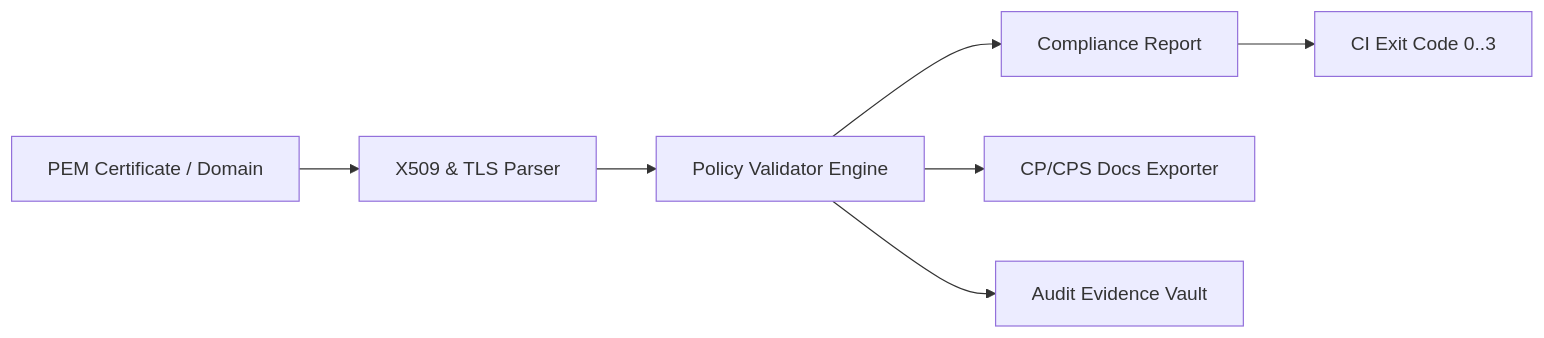
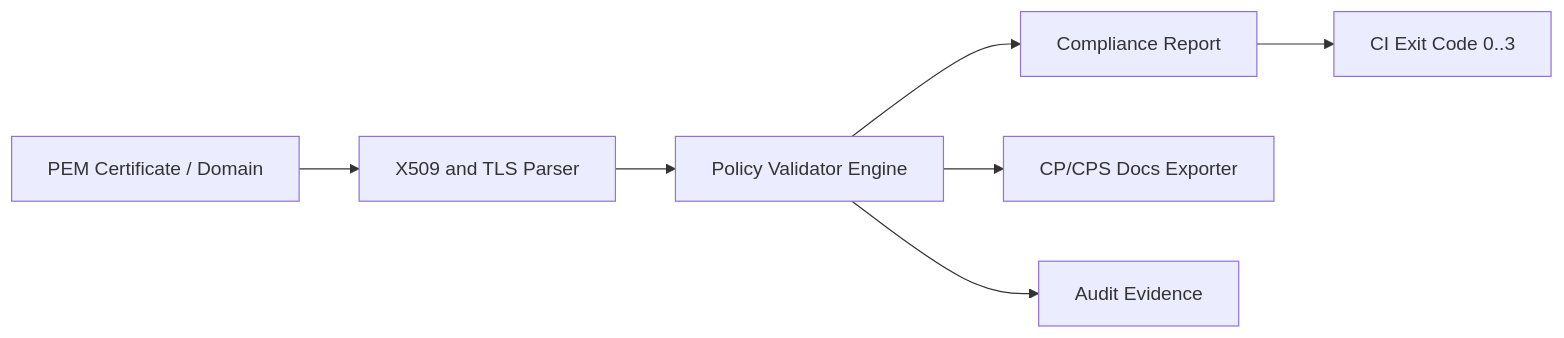
The diagram in README.md (actions-marketplace-validations/thulisa-n_pki-compliance-gate), drawn with Mermaid before and after one commit. The commit also changed other lines of this file and 2 other files, not shown here.

````diff
--- a/README.md
+++ b/README.md
@@ -59,9 +65,9 @@
 ```mermaid
 flowchart LR
-    A[PEM Certificate / Domain] --> B[X509 & TLS Parser]
+    A[PEM Certificate / Domain] --> B[X509 and TLS Parser]
     B --> C[Policy Validator Engine]
     C --> D[Compliance Report]
     C --> E[CP/CPS Docs Exporter]
-    C --> F[Audit Evidence Vault]
+    C --> F[Audit Evidence]
     D --> G[CI Exit Code 0..3]
 ```
````
